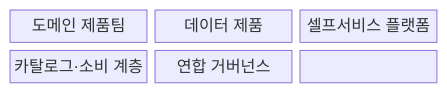
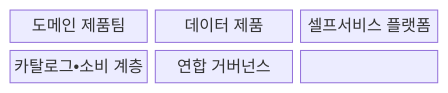
Before and after one commit to agnusdei1207/knowledge-base: the first of 2 diagrams in src/content/docs/notes/08-latest-tech/193_data_mesh.md, drawn with Mermaid. The commit also changed other lines of this file and 953 other files, not shown here.

````diff
--- a/src/content/docs/notes/08-latest-tech/193_data_mesh.md
+++ b/src/content/docs/notes/08-latest-tech/193_data_mesh.md
@@ -68,11 +68,11 @@
 ```mermaid
 block-beta
   columns 3
   N0["도메인 제품팀"]
   N1["데이터 제품"]
   N2["셀프서비스 플랫폼"]
-  N3["카탈로그·소비 계층"]
+  N3["카탈로그•소비 계층"]
   N4["연합 거버넌스"]
   N0 --- N1 --- N2
   N2 --- N3 --- N4
 ```
````
